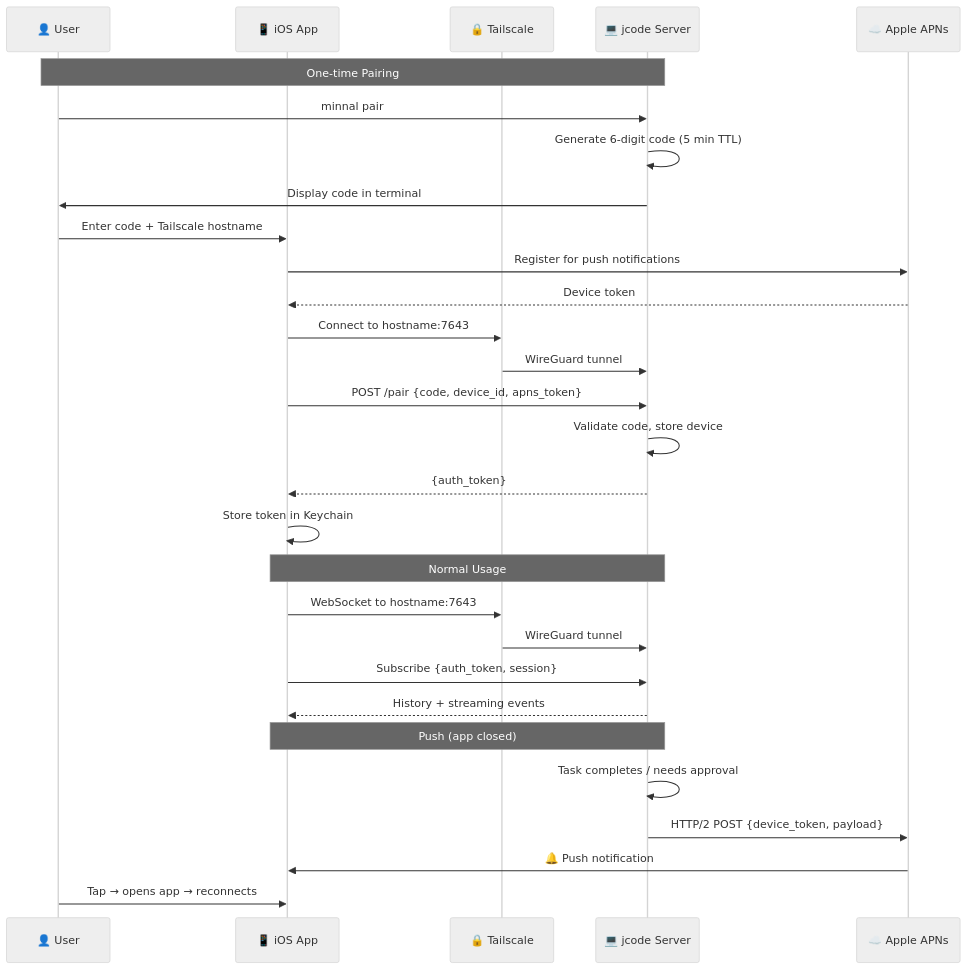
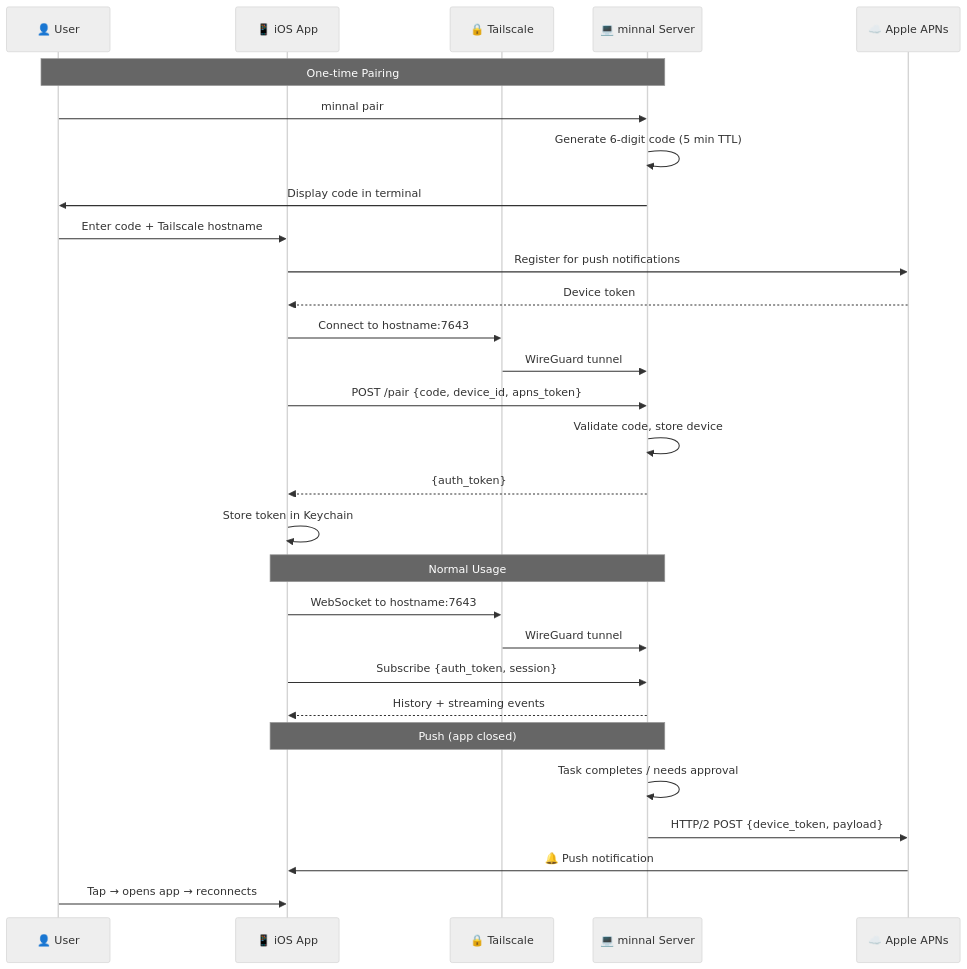
Before and after one commit to iamrohithrnair/minnal: the second of 2 diagrams in docs/IOS_CLIENT.md, drawn with Mermaid (neutral theme). The commit also changed other lines of this file and 918 other files, not shown here.

````diff
--- a/docs/IOS_CLIENT.md
+++ b/docs/IOS_CLIENT.md
@@ -98,34 +98,34 @@
 ```mermaid
 sequenceDiagram
     participant U as 👤 User
     participant T as 📱 iOS App
     participant TS as 🔒 Tailscale
-    participant S as 💻 jcode Server
+    participant S as 💻 minnal Server
     participant A as ☁️ Apple APNs
 
     Note over U,S: One-time Pairing
     U->>S: minnal pair
     S->>S: Generate 6-digit code (5 min TTL)
     S->>U: Display code in terminal
     U->>T: Enter code + Tailscale hostname
     T->>A: Register for push notifications
     A-->>T: Device token
     T->>TS: Connect to hostname:7643
     TS->>S: WireGuard tunnel
     T->>S: POST /pair {code, device_id, apns_token}
     S->>S: Validate code, store device
     S-->>T: {auth_token}
     T->>T: Store token in Keychain
 
     Note over T,S: Normal Usage
     T->>TS: WebSocket to hostname:7643
     TS->>S: WireGuard tunnel
     T->>S: Subscribe {auth_token, session}
     S-->>T: History + streaming events
 
     Note over T,S: Push (app closed)
     S->>S: Task completes / needs approval
     S->>A: HTTP/2 POST {device_token, payload}
     A->>T: 🔔 Push notification
     U->>T: Tap → opens app → reconnects
 ```
````
